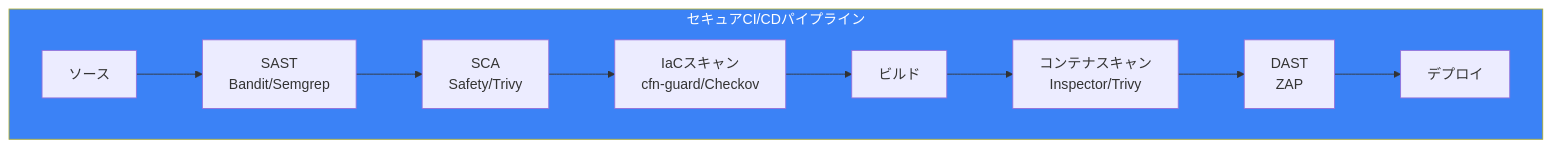
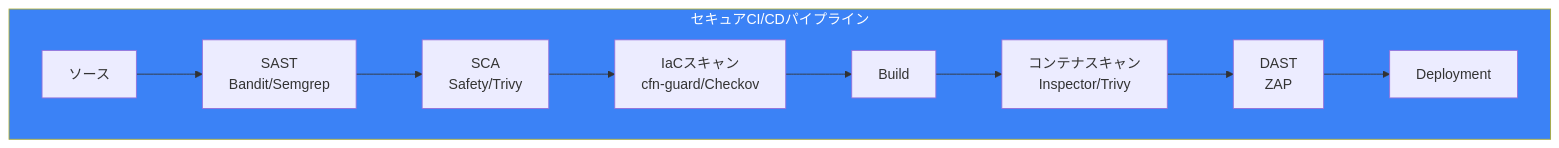
The second of 3 diagrams in content/blog/ja/aws-devsecops.md (shunkus/shunku.net), drawn with Mermaid before and after one commit. The commit also changed other lines of this file and 56 other files, not shown here.

````diff
--- a/content/blog/ja/aws-devsecops.md
+++ b/content/blog/ja/aws-devsecops.md
@@ -540,23 +540,23 @@
 ```mermaid
 flowchart TB
     subgraph Pipeline["セキュアCI/CDパイプライン"]
         Source["ソース"]
         SAST["SAST<br/>Bandit/Semgrep"]
         SCA["SCA<br/>Safety/Trivy"]
         IaC["IaCスキャン<br/>cfn-guard/Checkov"]
-        Build["ビルド"]
+        Build["Build"]
         ContainerScan["コンテナスキャン<br/>Inspector/Trivy"]
         DAST["DAST<br/>ZAP"]
-        Deploy["デプロイ"]
+        Deploy["Deployment"]
     end
 
     Source --> SAST
     SAST --> SCA
     SCA --> IaC
     IaC --> Build
     Build --> ContainerScan
     ContainerScan --> DAST
     DAST --> Deploy
 
     style Pipeline fill:#3b82f6,color:#fff
 ```
````
